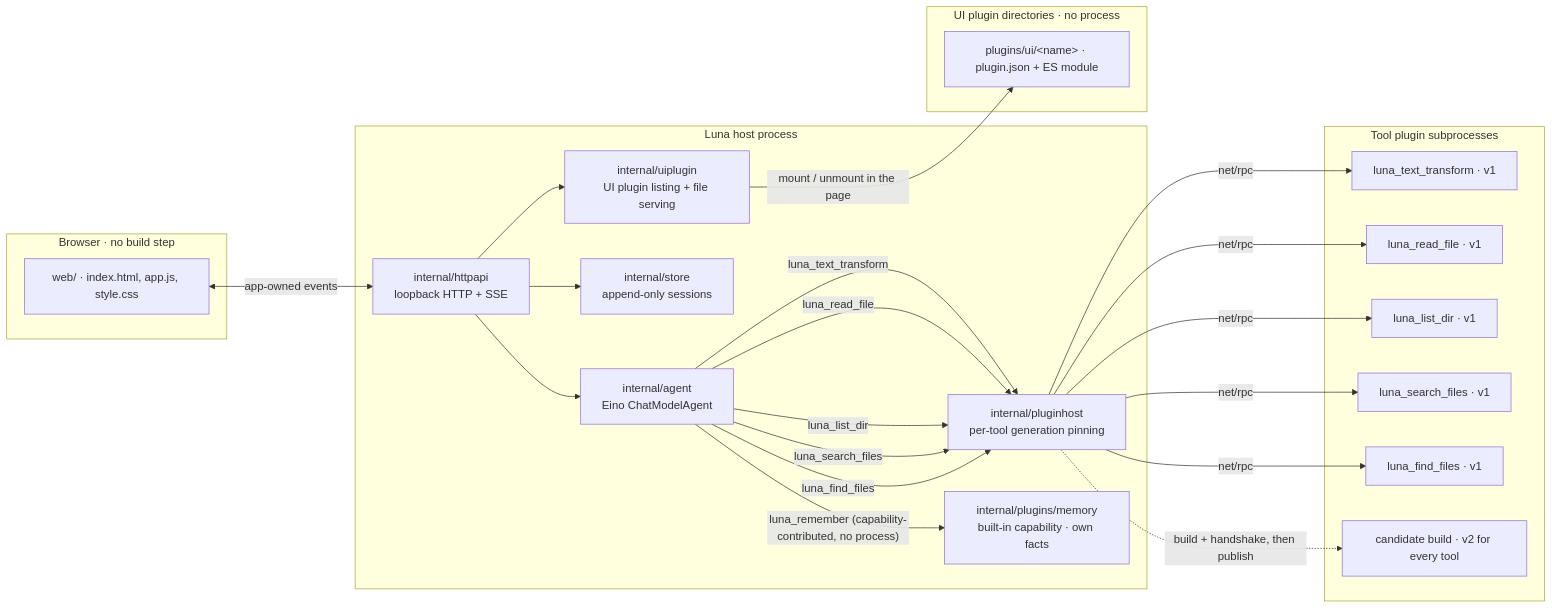
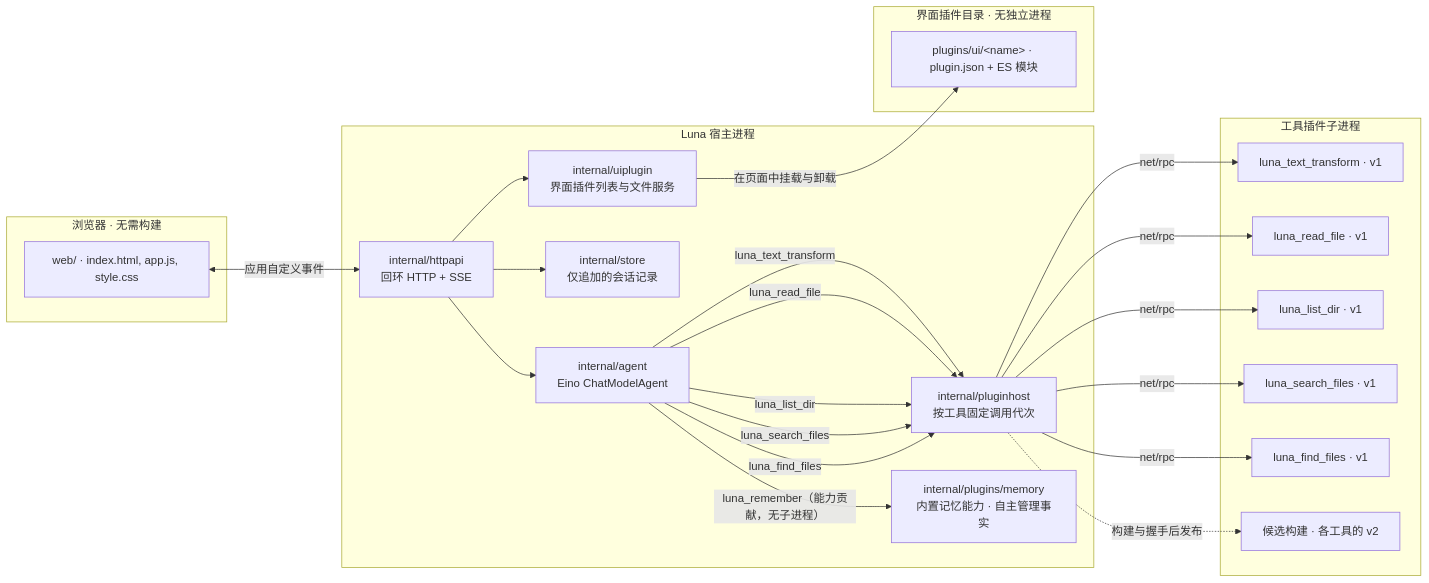
The diagram in README.md (Qaraku/luna-agent), drawn with Mermaid before and after one commit. The commit also changed other lines of this file, not shown here.

````diff
--- a/README.md
+++ b/README.md
@@ -13,46 +15,46 @@
 ```mermaid
 flowchart LR
-    subgraph Browser["Browser · no build step"]
+    subgraph Browser["浏览器 · 无需构建"]
         UI["web/ · index.html, app.js, style.css"]
     end
 
-    subgraph Host["Luna host process"]
-        API["internal/httpapi<br/>loopback HTTP + SSE"]
+    subgraph Host["Luna 宿主进程"]
+        API["internal/httpapi<br/>回环 HTTP + SSE"]
         Agent["internal/agent<br/>Eino ChatModelAgent"]
-        PH["internal/pluginhost<br/>per-tool generation pinning"]
-        Mem["internal/plugins/memory<br/>built-in capability · own facts"]
-        Store["internal/store<br/>append-only sessions"]
-        UIP["internal/uiplugin<br/>UI plugin listing + file serving"]
+        PH["internal/pluginhost<br/>按工具固定调用代次"]
+        Mem["internal/plugins/memory<br/>内置记忆能力 · 自主管理事实"]
+        Store["internal/store<br/>仅追加的会话记录"]
+        UIP["internal/uiplugin<br/>界面插件列表与文件服务"]
     end
 
-    subgraph Plugins["Tool plugin subprocesses"]
+    subgraph Plugins["工具插件子进程"]
         T1["luna_text_transform · v1"]
         R1["luna_read_file · v1"]
         D1["luna_list_dir · v1"]
         S1["luna_search_files · v1"]
         F1["luna_find_files · v1"]
-        C["candidate build · v2 for every tool"]
+        C["候选构建 · 各工具的 v2"]
     end
 
-    subgraph UIPlugins["UI plugin directories · no process"]
-        UIPlug["plugins/ui/&lt;name&gt; · plugin.json + ES module"]
+    subgraph UIPlugins["界面插件目录 · 无独立进程"]
+        UIPlug["plugins/ui/&lt;name&gt; · plugin.json + ES 模块"]
     end
 
-    UI <-->|"app-owned events"| API
+    UI <-->|"应用自定义事件"| API
     API --> Agent
     API --> Store
     API --> UIP
-    Agent -->|"luna_remember (capability-contributed, no process)"| Mem
+    Agent -->|"luna_remember（能力贡献，无子进程）"| Mem
     Agent -->|"luna_text_transform"| PH
     Agent -->|"luna_read_file"| PH
     Agent -->|"luna_list_dir"| PH
     Agent -->|"luna_search_files"| PH
     Agent -->|"luna_find_files"| PH
     PH -->|"net/rpc"| T1
     PH -->|"net/rpc"| R1
     PH -->|"net/rpc"| D1
     PH -->|"net/rpc"| S1
     PH -->|"net/rpc"| F1
-    PH -.->|"build + handshake, then publish"| C
-    UIP -->|"mount / unmount in the page"| UIPlug
+    PH -.->|"构建与握手后发布"| C
+    UIP -->|"在页面中挂载与卸载"| UIPlug
 ```
````
